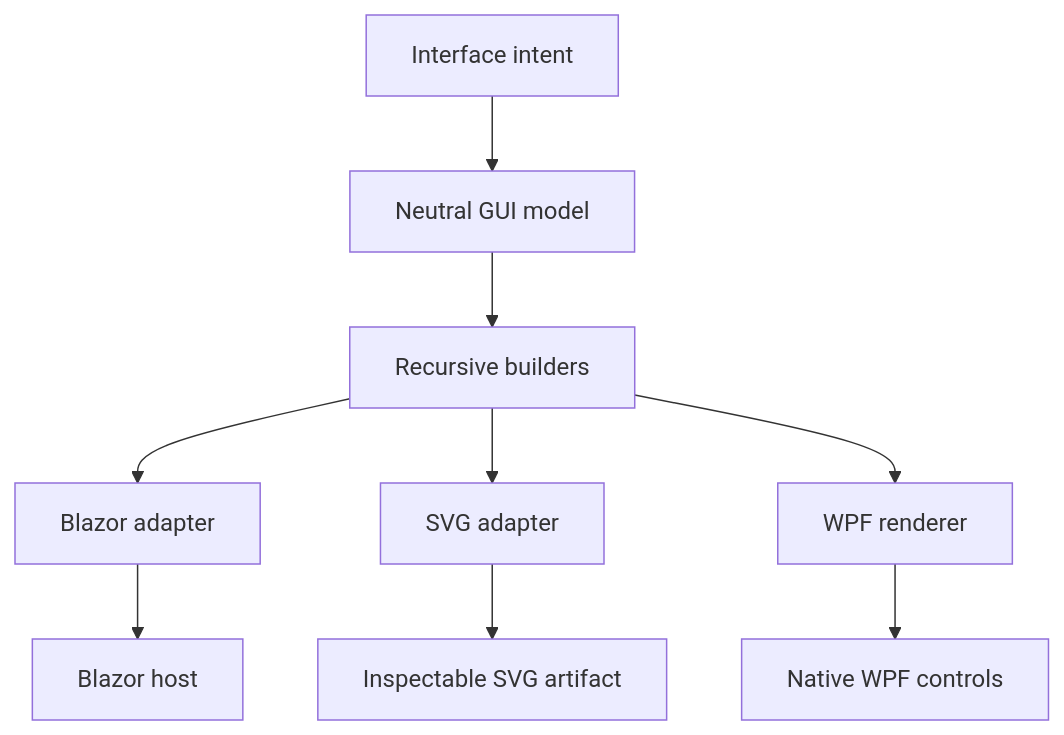
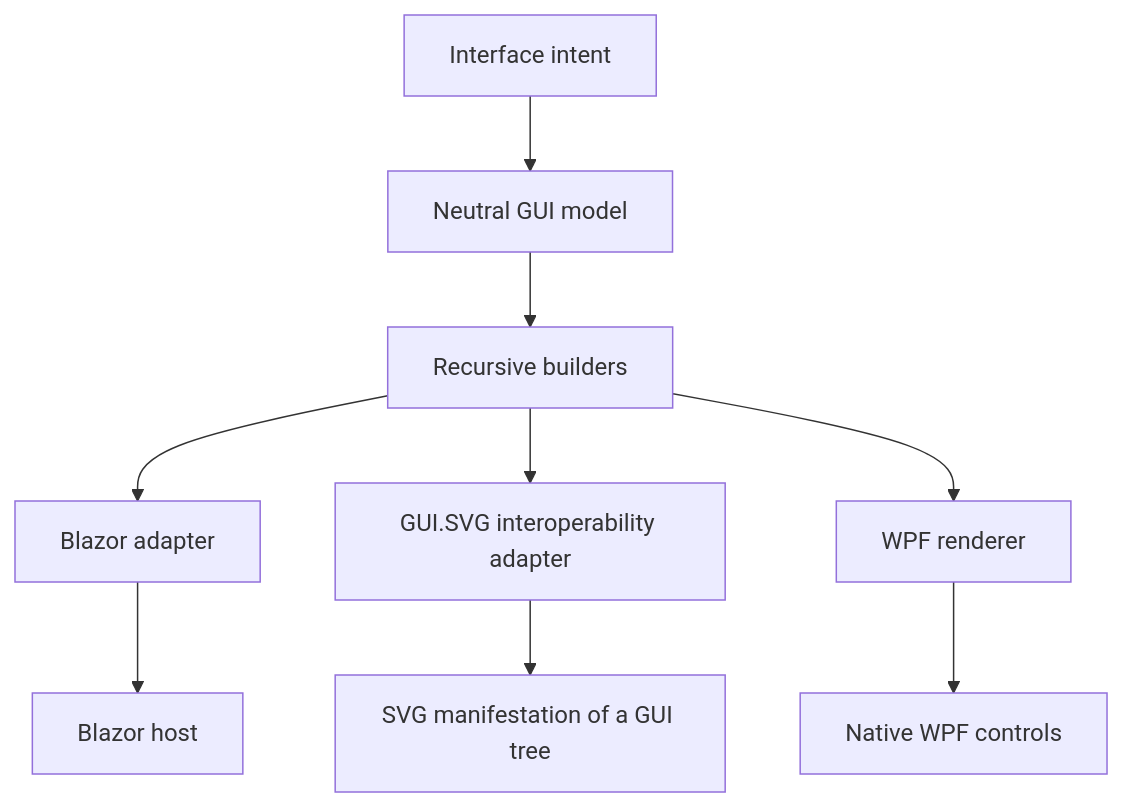
One commit to TrentBest/TheSingularityWorkshop.GUI changed the diagram in README.md. Above: the diagram before and after it, drawn with Mermaid. The commit also changed other lines of this file, not shown here.

Commit message:
docs(gui): clarify SVG visualization ownership

````diff
--- a/README.md
+++ b/README.md
@@ -11,11 +11,11 @@
 ```mermaid
 flowchart TD
   I[Interface intent] --> M[Neutral GUI model]
   M --> B[Recursive builders]
   B --> BL[Blazor adapter]
-  B --> SVG[SVG adapter]
+  B --> SVG[GUI.SVG interoperability adapter]
   B --> WPF[WPF renderer]
   BL --> WEB[Blazor host]
-  SVG --> ART[Inspectable SVG artifact]
+  SVG --> ART[SVG manifestation of a GUI tree]
   WPF --> NATIVE[Native WPF controls]
 ```
````
